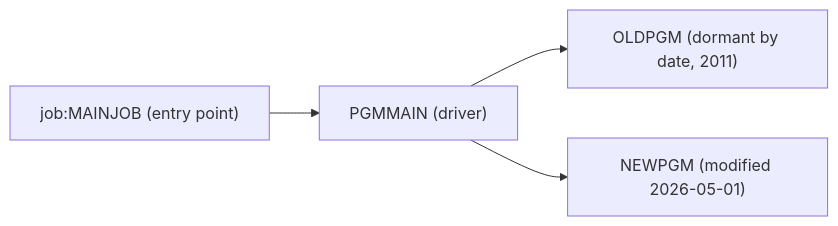
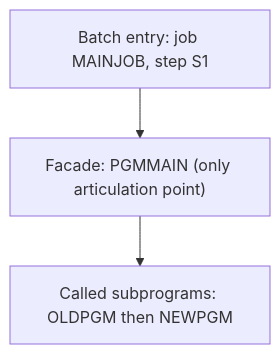
One commit to Sparq-Holding-Inc/claude-legacy-modernization changed the diagram in evals/runs/12-dormant-program/modernization-assessment/02-coupling.md. Above: the diagram before and after it, drawn with Mermaid. The commit also changed other lines of this file and 217 other files, not shown here.

````diff
--- a/evals/runs/12-dormant-program/modernization-assessment/02-coupling.md
+++ b/evals/runs/12-dormant-program/modernization-assessment/02-coupling.md
@@ -21,6 +17,5 @@
 ```mermaid
-graph LR
-  J["job:MAINJOB (entry point)"] --> M["PGMMAIN (driver)"]
-  M --> O["OLDPGM (dormant by date, 2011)"]
-  M --> N["NEWPGM (modified 2026-05-01)"]
+graph TD
+    A["Batch entry: job MAINJOB, step S1"] --> B["Facade: PGMMAIN (only articulation point)"]
+    B --> C["Called subprograms: OLDPGM then NEWPGM"]
 ```
````
